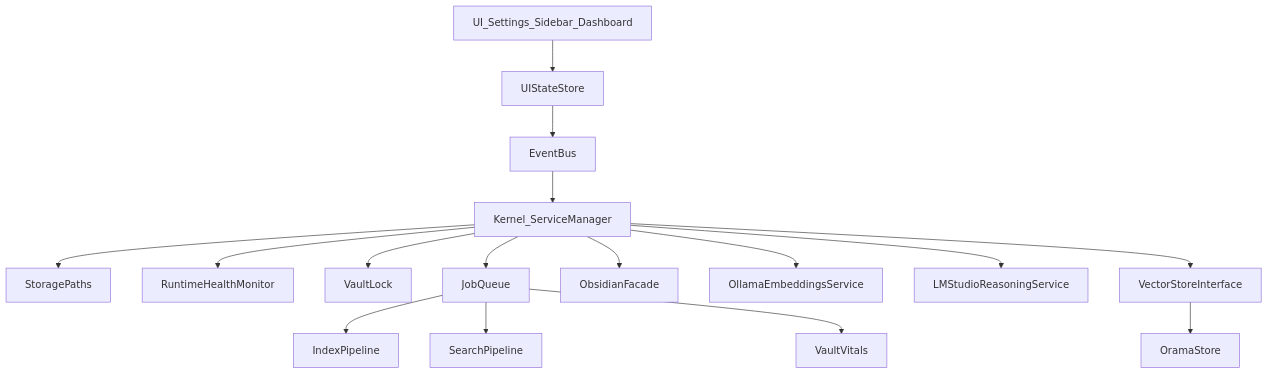
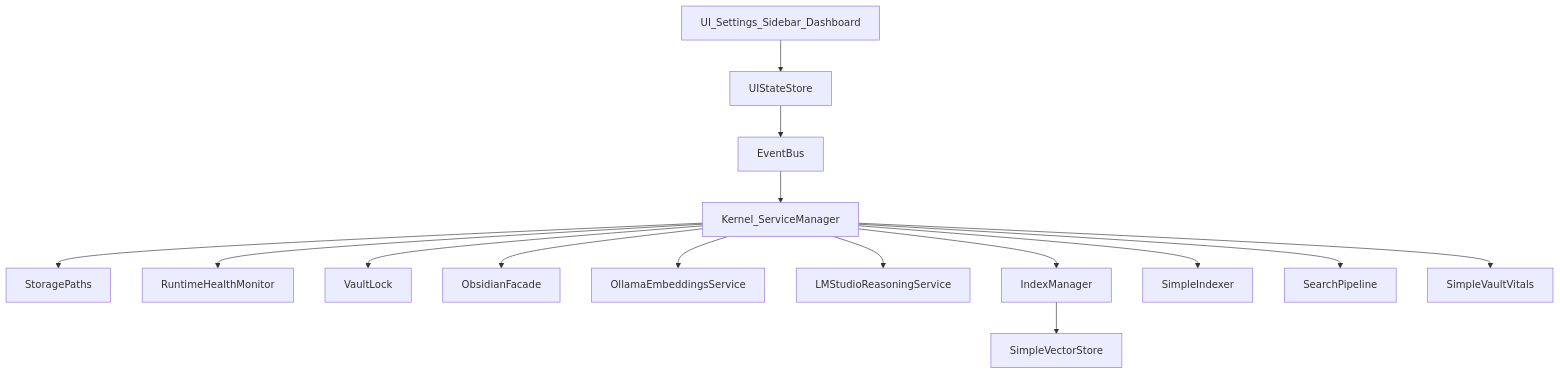
The diagram in planning/prompts/bootstrap.md (akougkas/notient), drawn with Mermaid before and after one commit. The commit also changed other lines of this file and 33 other files, not shown here.

````diff
--- a/planning/prompts/bootstrap.md
+++ b/planning/prompts/bootstrap.md
@@ -55,21 +55,20 @@
 ```mermaid
 flowchart TD
   UI[UI_Settings_Sidebar_Dashboard] --> State[UIStateStore]
   State --> Events[EventBus]
 
   Events --> Kernel[Kernel_ServiceManager]
   Kernel --> Paths[StoragePaths]
   Kernel --> Health[RuntimeHealthMonitor]
   Kernel --> Lock[VaultLock]
-  Kernel --> Queue[JobQueue]
   Kernel --> Obs[ObsidianFacade]
 
   Kernel --> Ollama[OllamaEmbeddingsService]
   Kernel --> LM[LMStudioReasoningService]
-  Kernel --> VS[VectorStoreInterface]
-  VS --> Orama[OramaStore]
+  Kernel --> IM[IndexManager]
+  IM --> VS[SimpleVectorStore]
 
-  Queue --> Indexer[IndexPipeline]
-  Queue --> Search[SearchPipeline]
-  Queue --> Vitals[VaultVitals]
+  Kernel --> Indexer[SimpleIndexer]
+  Kernel --> Search[SearchPipeline]
+  Kernel --> Vitals[SimpleVaultVitals]
 ```
````
